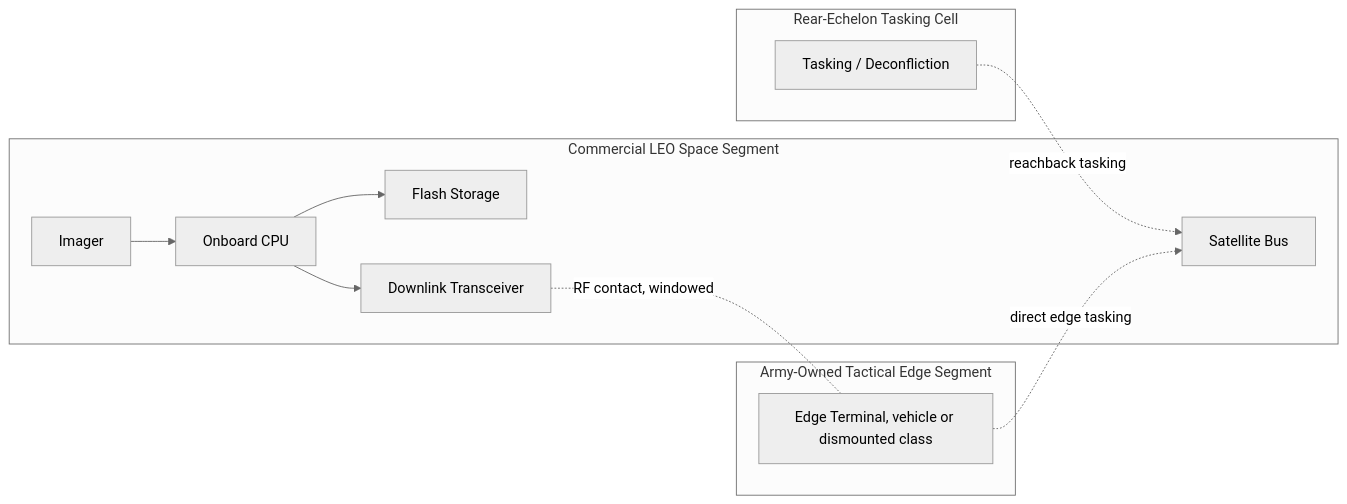
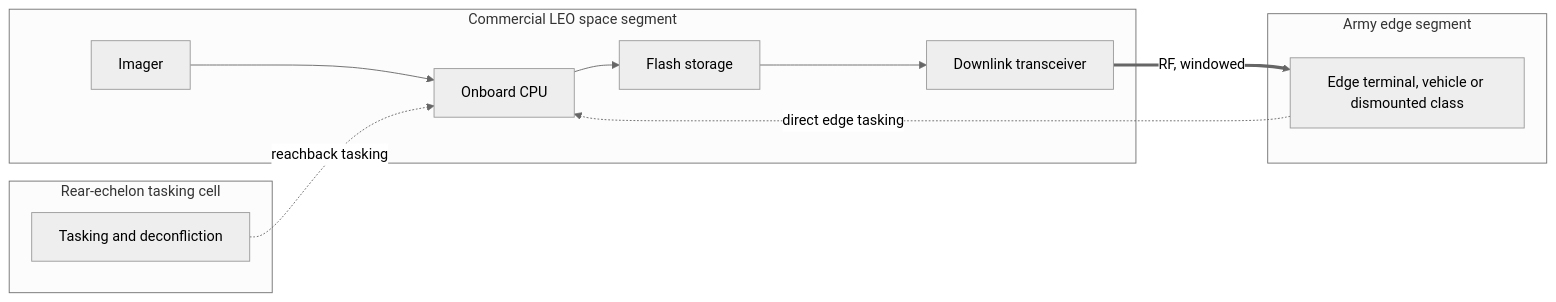
One commit to noahstephenson/leo-edge-architecture changed the sixth of 6 diagrams in docs/ARCHITECTURE_VIEWS.md. Above: the diagram before and after it, drawn with Mermaid (neutral theme). The commit also changed other lines of this file and 8 other files, not shown here.

First line of the commit message:
Add Mermaid diagrams to the architecture docs and rebuild the weak ones

````diff
--- a/docs/ARCHITECTURE_VIEWS.md
+++ b/docs/ARCHITECTURE_VIEWS.md
@@ -232,25 +181,17 @@
 ```mermaid
-graph LR
-    subgraph CommercialSpaceSegment [Commercial LEO Space Segment]
-        SAT[Satellite Bus]
-        CAM[Imager]
-        CPU[Onboard CPU]
-        MEM[Flash Storage]
-        TX[Downlink Transceiver]
+flowchart LR
+    subgraph COM["Commercial LEO space segment"]
+        CAM["Imager"] --> CPU["Onboard CPU"]
+        CPU --> MEM["Flash storage"]
+        MEM --> TX["Downlink transceiver"]
     end
-
-    subgraph RearEchelon [Rear-Echelon Tasking Cell]
-        TASK[Tasking / Deconfliction]
+    subgraph RE["Rear-echelon tasking cell"]
+        TASK["Tasking and deconfliction"]
     end
-
-    subgraph ArmyEdge [Army-Owned Tactical Edge Segment]
-        TERM[Edge Terminal, vehicle or dismounted class]
+    subgraph EDGE["Army edge segment"]
+        TERM["Edge terminal, vehicle or dismounted class"]
     end
-
-    CAM --> CPU
-    CPU --> MEM
-    CPU --> TX
-    TASK -.reachback tasking.-> SAT
-    TERM -.direct edge tasking.-> SAT
-    TX -.RF contact, windowed.- TERM
+    TASK -.->|"reachback tasking"| CPU
+    TERM -.->|"direct edge tasking"| CPU
+    TX ==>|"RF, windowed"| TERM
 ```
````
